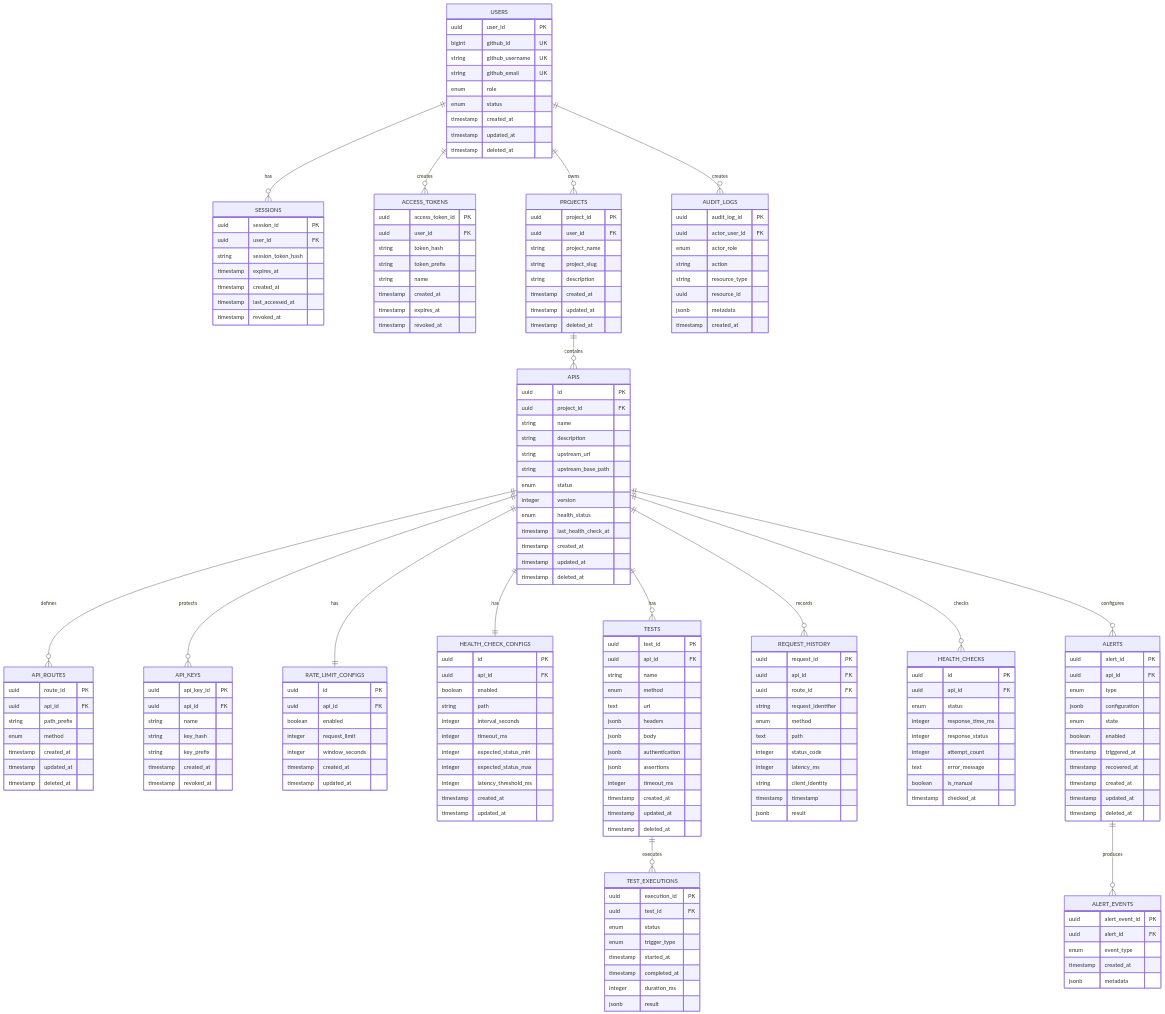
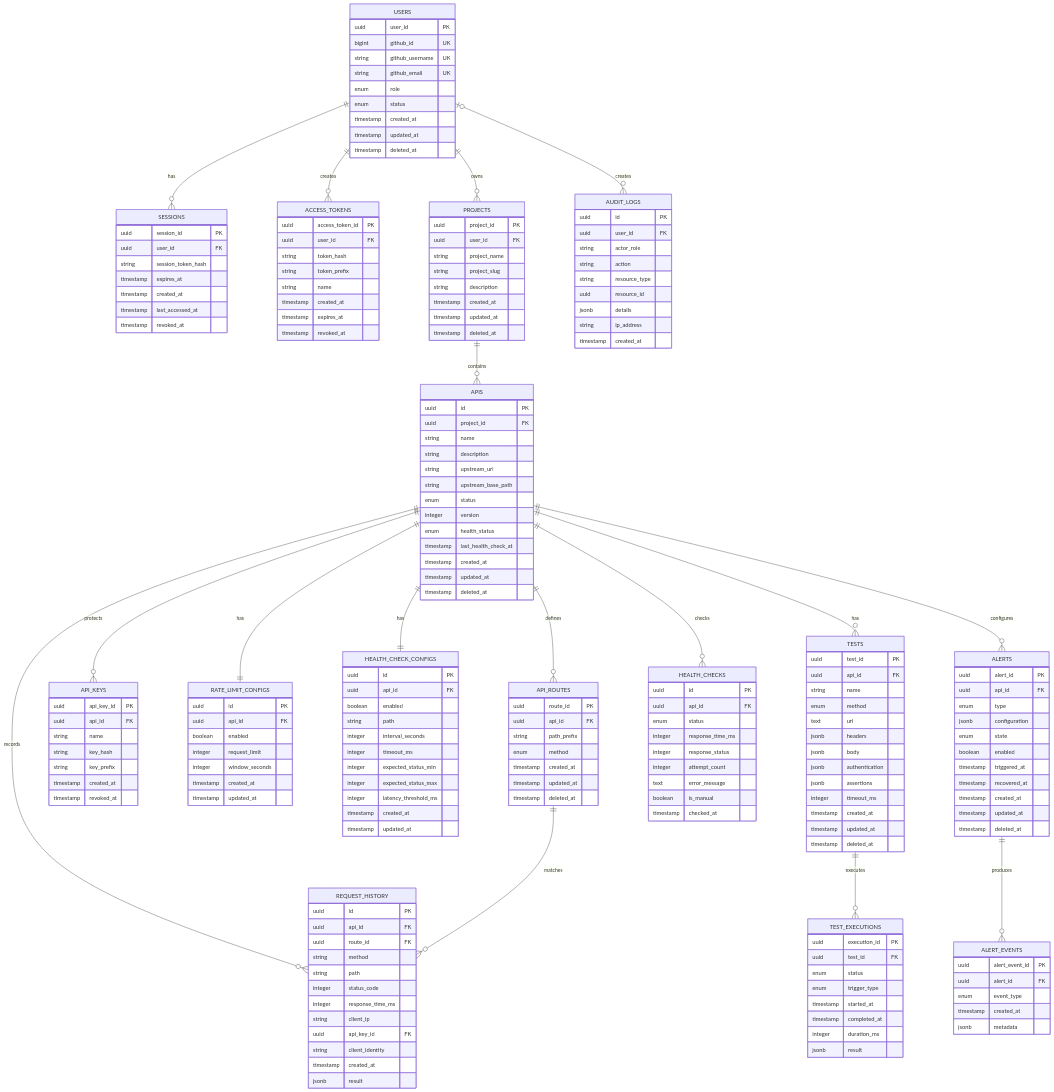
One commit to y1say2yash/GateWatch changed the diagram in docs/01-system-specification/06-data-model.md. Above: the diagram before and after it, drawn with Mermaid. The commit also changed other lines of this file and 41 other files, not shown here.

Commit message:
feat: add observability and admin audit logs

```diff
--- a/docs/01-system-specification/06-data-model.md
+++ b/docs/01-system-specification/06-data-model.md
@@ -38,7 +38,7 @@
     USERS ||--o{ SESSIONS : has
     USERS ||--o{ ACCESS_TOKENS : creates
     USERS ||--o{ PROJECTS : owns
-    USERS ||--o{ AUDIT_LOGS : creates
+    USERS o|--o{ AUDIT_LOGS : creates
 
     PROJECTS ||--o{ APIS : contains
 
@@ -48,6 +48,7 @@
     APIS ||--|| HEALTH_CHECK_CONFIGS : has
     APIS ||--o{ TESTS : has
     APIS ||--o{ REQUEST_HISTORY : records
+    API_ROUTES ||--o{ REQUEST_HISTORY : matches
     APIS ||--o{ HEALTH_CHECKS : checks
     APIS ||--o{ ALERTS : configures
 
@@ -166,16 +167,17 @@
     }
 
     REQUEST_HISTORY {
-        uuid request_id PK
+        uuid id PK
         uuid api_id FK
         uuid route_id FK
-        string request_identifier
-        enum method
-        text path
+        string method
+        string path
         integer status_code
-        integer latency_ms
+        integer response_time_ms
+        string client_ip
+        uuid api_key_id FK
         string client_identity
-        timestamp timestamp
+        timestamp created_at
         jsonb result
     }
 
@@ -214,13 +216,14 @@
     }
 
     AUDIT_LOGS {
-        uuid audit_log_id PK
-        uuid actor_user_id FK
-        enum actor_role
+        uuid id PK
+        uuid user_id FK
+        string actor_role
         string action
         string resource_type
         uuid resource_id
-        jsonb metadata
+        jsonb details
+        string ip_address
         timestamp created_at
     }
 
```
